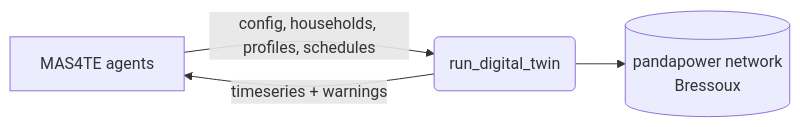
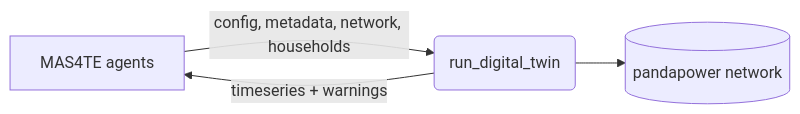
The diagram in docs/interfacing.md (MAS4TE/digital_twin), drawn with Mermaid before and after one commit. The commit also changed other lines of this file and 31 other files, not shown here.

````diff
--- a/docs/interfacing.md
+++ b/docs/interfacing.md
@@ -52,6 +81,6 @@
 ```{mermaid}
 flowchart LR
-    A[MAS4TE agents] -->|config, households, profiles, schedules| B(run_digital_twin)
+    A[MAS4TE agents] -->|config, metadata, network, households| B(run_digital_twin)
     B -->|timeseries + warnings| A
-    B --> C[(pandapower network\nBressoux)]
+    B --> C[(pandapower network)]
 ```
````
